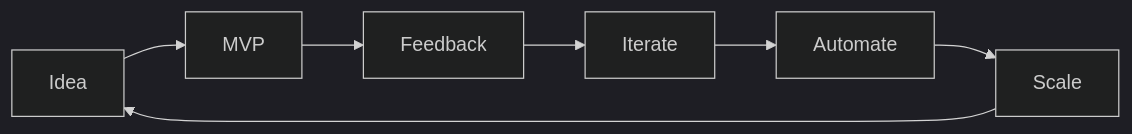
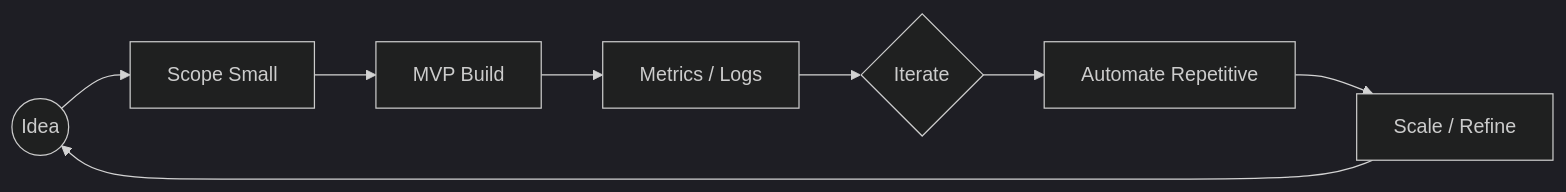
Before and after one commit to tanahiro2010/tanahiro2010: the diagram in README.md, drawn with Mermaid (dark theme). The commit also changed other lines of this file, not shown here.

````diff
--- a/README.md
+++ b/README.md
@@ -113,4 +182,10 @@
 ```mermaid
 flowchart LR
-Idea --> MVP --> Feedback --> Iterate --> Automate --> Scale --> Idea
+  Idea((Idea)) --> Scope[Scope Small]
+  Scope --> MVP[MVP Build]
+  MVP --> Measure[Metrics / Logs]
+  Measure --> Iterate{Iterate}
+  Iterate --> Automate[Automate Repetitive]
+  Automate --> Scale[Scale / Refine]
+  Scale --> Idea
 ```
````
